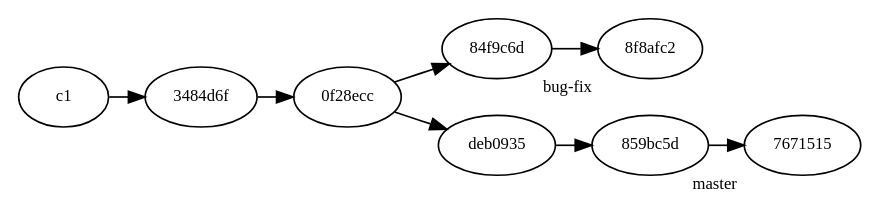
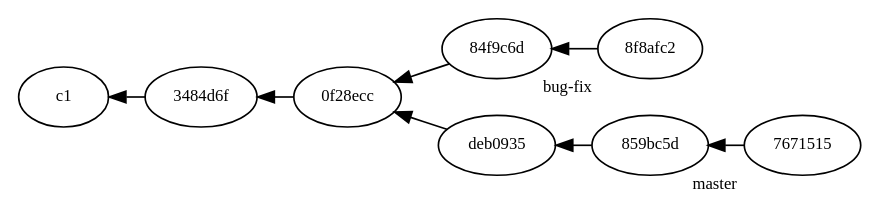
Before and after one commit to jonaskeisu/newton-sysg-op1: the diagram in lektioner/11-programmering-i-team/fig/branch.dot, drawn with Graphviz. The commit also changed 10 other files, not shown here.

```diff
--- a/lektioner/11-programmering-i-team/fig/branch.dot
+++ b/lektioner/11-programmering-i-team/fig/branch.dot
@@ -1,19 +1,20 @@
 digraph branch 
 {
   rankdir=LR
   ranksep=0.3
   nodesep=0.3
   node [fontsize=10,]
+  edge [dir = "back"]
   c2 [label = "3484d6f"]
   c3 [label = "0f28ecc"]
   c4 [label = "84f9c6d"]
   c5 [label = "8f8afc2", xlabel="bug-fix"]
   c6 [label = "deb0935"]
   c7 [label = "859bc5d"]
   c8 [label = "7671515", xlabel="master"]
 
 
 
   c1 -> c2 -> c3 -> c4 -> c5
   c3 -> c6 -> c7  -> c8
 }
```
